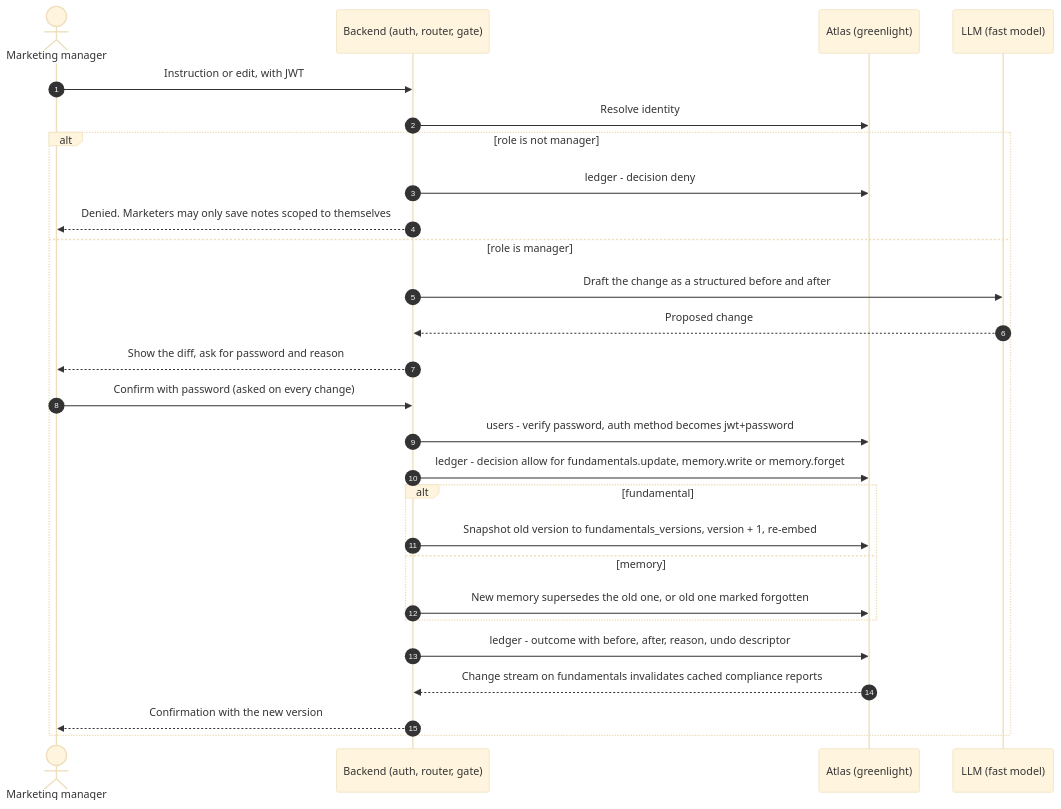
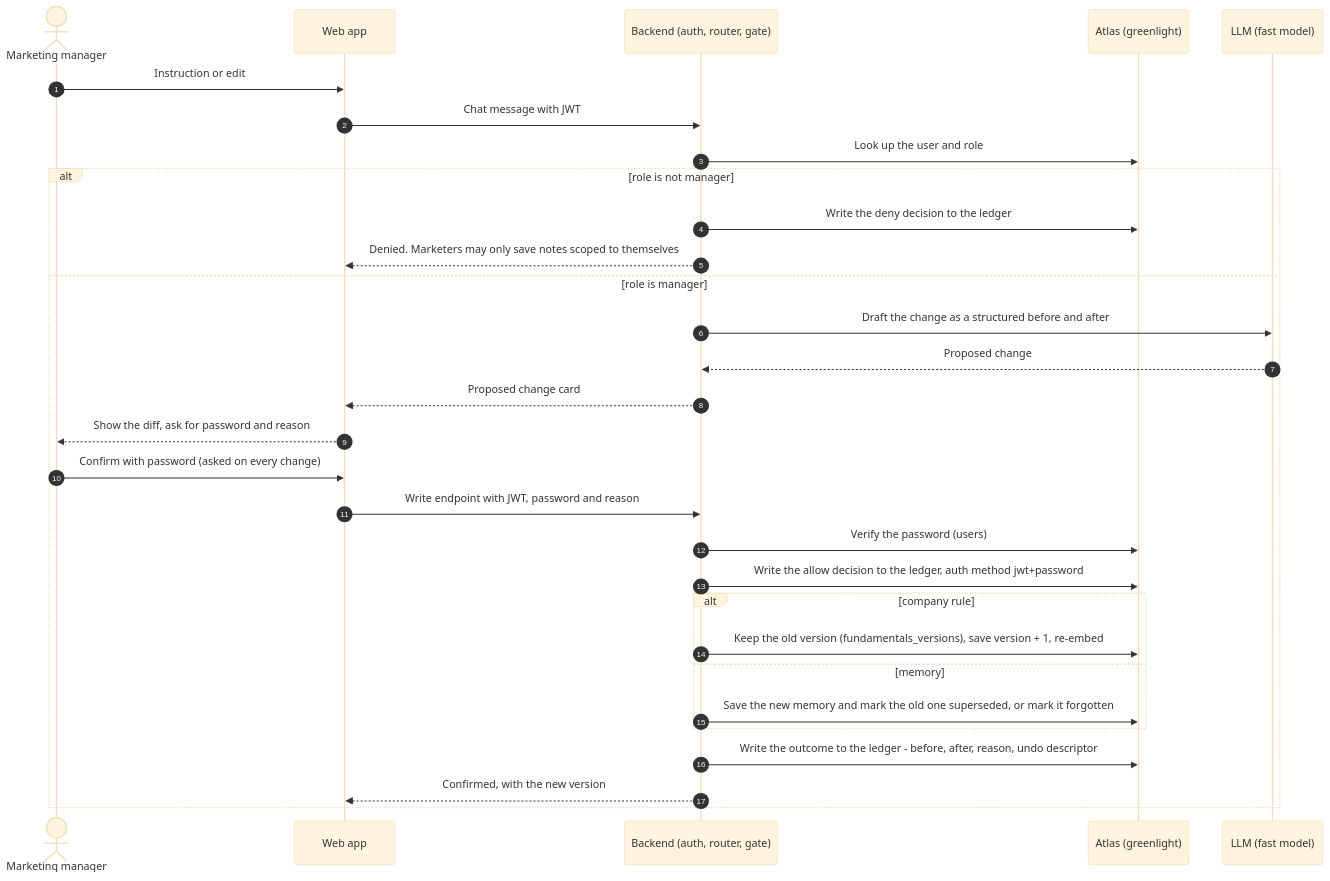
Before and after one commit to tusharraju7/mongodb-hackathon: the third of 4 diagrams in docs/FLOWS.md, drawn with Mermaid (base theme). The commit also changed other lines of this file and 7 other files, not shown here.

````diff
--- a/docs/FLOWS.md
+++ b/docs/FLOWS.md
@@ -151,29 +98,32 @@
 ```mermaid
 sequenceDiagram
   autonumber
   actor M as Marketing manager
+  participant WEB as Web app
   participant API as Backend (auth, router, gate)
   participant DB as Atlas (greenlight)
   participant L as LLM (fast model)
-  M->>API: Instruction or edit, with JWT
-  API->>DB: Resolve identity
+  M->>WEB: Instruction or edit
+  WEB->>API: Chat message with JWT
+  API->>DB: Look up the user and role
   alt role is not manager
-    API->>DB: ledger - decision deny
-    API-->>M: Denied. Marketers may only save notes scoped to themselves
+    API->>DB: Write the deny decision to the ledger
+    API-->>WEB: Denied. Marketers may only save notes scoped to themselves
   else role is manager
     API->>L: Draft the change as a structured before and after
     L-->>API: Proposed change
-    API-->>M: Show the diff, ask for password and reason
-    M->>API: Confirm with password (asked on every change)
-    API->>DB: users - verify password, auth method becomes jwt+password
-    API->>DB: ledger - decision allow for fundamentals.update, memory.write or memory.forget
-    alt fundamental
-      API->>DB: Snapshot old version to fundamentals_versions, version + 1, re-embed
+    API-->>WEB: Proposed change card
+    WEB-->>M: Show the diff, ask for password and reason
+    M->>WEB: Confirm with password (asked on every change)
+    WEB->>API: Write endpoint with JWT, password and reason
+    API->>DB: Verify the password (users)
+    API->>DB: Write the allow decision to the ledger, auth method jwt+password
+    alt company rule
+      API->>DB: Keep the old version (fundamentals_versions), save version + 1, re-embed
     else memory
-      API->>DB: New memory supersedes the old one, or old one marked forgotten
+      API->>DB: Save the new memory and mark the old one superseded, or mark it forgotten
     end
-    API->>DB: ledger - outcome with before, after, reason, undo descriptor
-    DB-->>API: Change stream on fundamentals invalidates cached compliance reports
-    API-->>M: Confirmation with the new version
+    API->>DB: Write the outcome to the ledger - before, after, reason, undo descriptor
+    API-->>WEB: Confirmed, with the new version
   end
 ```
````
